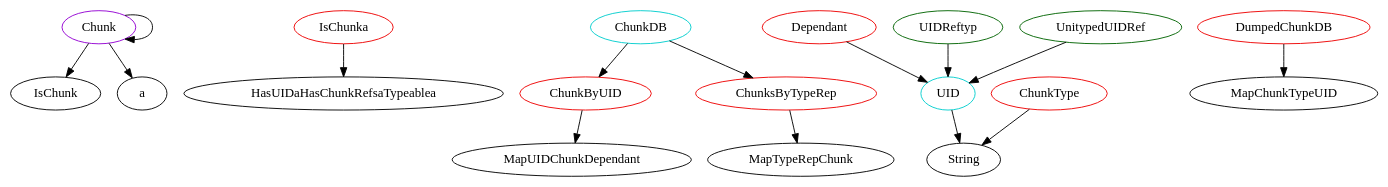
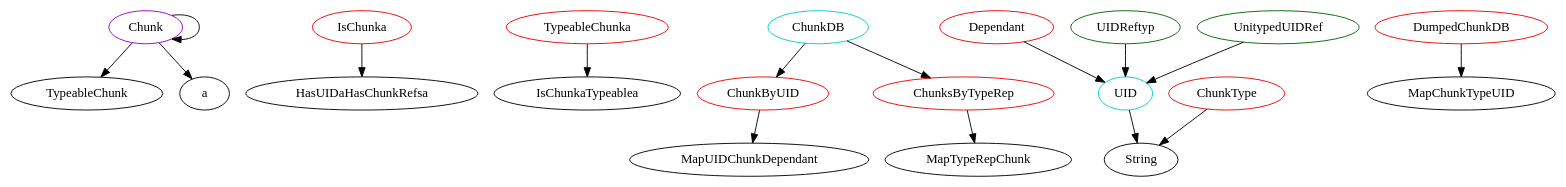
One commit to JacquesCarette/Drasil changed the diagram in analysis/TypeDependencyGraphs/database.dot. Above: the diagram before and after it, drawn with Graphviz. The commit also changed 719 other files, not shown here.

```diff
--- a/analysis/TypeDependencyGraphs/database.dot
+++ b/analysis/TypeDependencyGraphs/database.dot
@@ -1,65 +1,69 @@
 digraph alltypes {
 	subgraph cunkh {
 		subgraph chunk{
 		Chunk	[shape=oval, color=darkviolet, label="Chunk"];
-		Chunk -> IsChunk;
+		Chunk -> TypeableChunk;
 		Chunk -> a;
 		Chunk -> Chunk;
 		}
 		subgraph ischunka{
 		IsChunka	[shape=oval, color=red2, label="IsChunka"];
-		IsChunka -> HasUIDaHasChunkRefsaTypeablea;
+		IsChunka -> HasUIDaHasChunkRefsa;
+		}
+		subgraph typeablechunka{
+		TypeableChunka	[shape=oval, color=red2, label="TypeableChunka"];
+		TypeableChunka -> IsChunkaTypeablea;
 		}
 	}
 	subgraph cunkdbh {
 		subgraph chunkdb{
 		ChunkDB	[shape=oval, color=cyan3, label="ChunkDB"];
 		ChunkDB -> ChunkByUID;
 		ChunkDB -> ChunksByTypeRep;
 		}
 		subgraph dependant{
 		Dependant	[shape=oval, color=red2, label="Dependant"];
 		Dependant -> UID;
 		}
 		subgraph chunkbyuid{
 		ChunkByUID	[shape=oval, color=red2, label="ChunkByUID"];
 		ChunkByUID -> MapUIDChunkDependant;
 		}
 		subgraph chunksbytyperep{
 		ChunksByTypeRep	[shape=oval, color=red2, label="ChunksByTypeRep"];
 		ChunksByTypeRep -> MapTypeRepChunk;
 		}
 	}
 	subgraph dump {
 		subgraph chunktype{
 		ChunkType	[shape=oval, color=red2, label="ChunkType"];
 		ChunkType -> String;
 		}
 		subgraph dumpedchunkdb{
 		DumpedChunkDB	[shape=oval, color=red2, label="DumpedChunkDB"];
 		DumpedChunkDB -> MapChunkTypeUID;
 		}
 	}
 	subgraph maps {
 	}
 	subgraph th {
 	}
 	subgraph uid {
 		subgraph uid{
 		UID	[shape=oval, color=cyan3, label="UID"];
 		UID -> String;
 		}
 	}
 	subgraph uidref {
 		subgraph uidreftyp{
 		UIDReftyp	[shape=oval, color=darkgreen, label="UIDReftyp"];
 		UIDReftyp -> UID;
 		}
 		subgraph unitypeduidref{
 		UnitypedUIDRef	[shape=oval, color=darkgreen, label="UnitypedUIDRef"];
 		UnitypedUIDRef -> UID;
 		}
 	}
 	subgraph databaes {
 	}
 }
```
